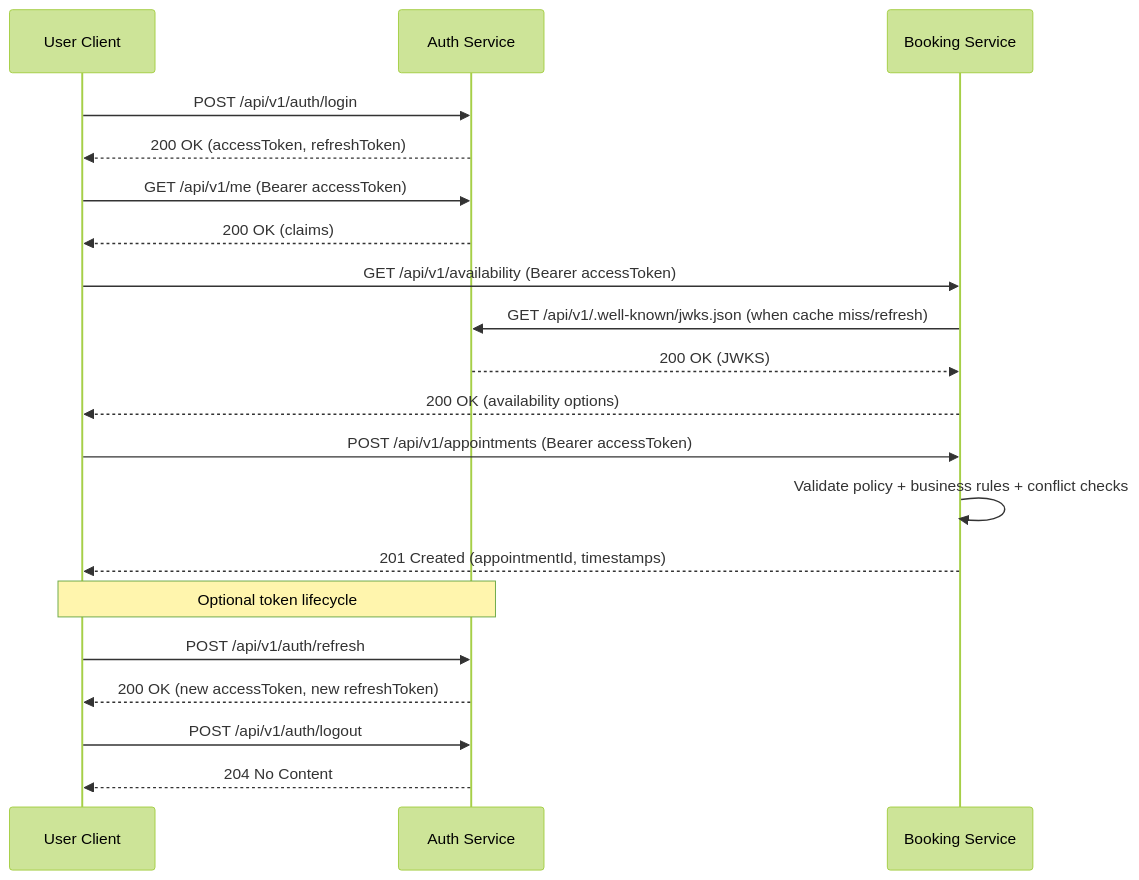
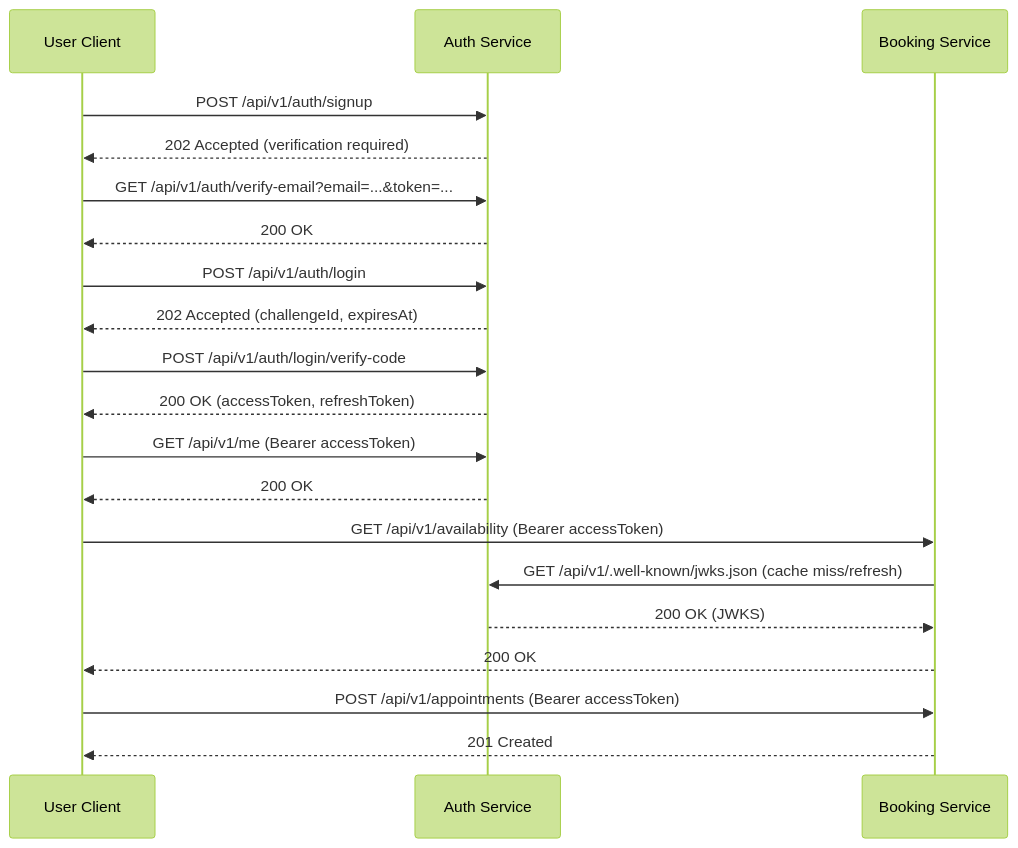
Before and after one commit to haudtech/vehicle-service-booking: the second of 2 diagrams in docs/FEATURES/AUTHENTICATION_INTEGRATION/USER_WORKFLOW_SIGNUP_TO_APPOINTMENT_WITH_AUTH.md, drawn with Mermaid (forest theme). The commit also changed other lines of this file and 67 other files, not shown here.

````diff
--- a/docs/FEATURES/AUTHENTICATION_INTEGRATION/USER_WORKFLOW_SIGNUP_TO_APPOINTMENT_WITH_AUTH.md
+++ b/docs/FEATURES/AUTHENTICATION_INTEGRATION/USER_WORKFLOW_SIGNUP_TO_APPOINTMENT_WITH_AUTH.md
@@ -79,28 +44,29 @@
 ```mermaid
 sequenceDiagram
-  participant U as User Client
-  participant A as Auth Service
-  participant B as Booking Service
+    participant U as User Client
+    participant A as Auth Service
+    participant B as Booking Service
 
-  U->>A: POST /api/v1/auth/login
-  A-->>U: 200 OK (accessToken, refreshToken)
+    U->>A: POST /api/v1/auth/signup
+    A-->>U: 202 Accepted (verification required)
 
-  U->>A: GET /api/v1/me (Bearer accessToken)
-  A-->>U: 200 OK (claims)
+    U->>A: GET /api/v1/auth/verify-email?email=...&token=...
+    A-->>U: 200 OK
 
-  U->>B: GET /api/v1/availability (Bearer accessToken)
-  B->>A: GET /api/v1/.well-known/jwks.json (when cache miss/refresh)
-  A-->>B: 200 OK (JWKS)
-  B-->>U: 200 OK (availability options)
+    U->>A: POST /api/v1/auth/login
+    A-->>U: 202 Accepted (challengeId, expiresAt)
 
-  U->>B: POST /api/v1/appointments (Bearer accessToken)
-  B->>B: Validate policy + business rules + conflict checks
-  B-->>U: 201 Created (appointmentId, timestamps)
+    U->>A: POST /api/v1/auth/login/verify-code
+    A-->>U: 200 OK (accessToken, refreshToken)
 
-  Note over U,A: Optional token lifecycle
-  U->>A: POST /api/v1/auth/refresh
-  A-->>U: 200 OK (new accessToken, new refreshToken)
+    U->>A: GET /api/v1/me (Bearer accessToken)
+    A-->>U: 200 OK
 
-  U->>A: POST /api/v1/auth/logout
-  A-->>U: 204 No Content
+    U->>B: GET /api/v1/availability (Bearer accessToken)
+    B->>A: GET /api/v1/.well-known/jwks.json (cache miss/refresh)
+    A-->>B: 200 OK (JWKS)
+    B-->>U: 200 OK
+
+    U->>B: POST /api/v1/appointments (Bearer accessToken)
+    B-->>U: 201 Created
 ```
````
